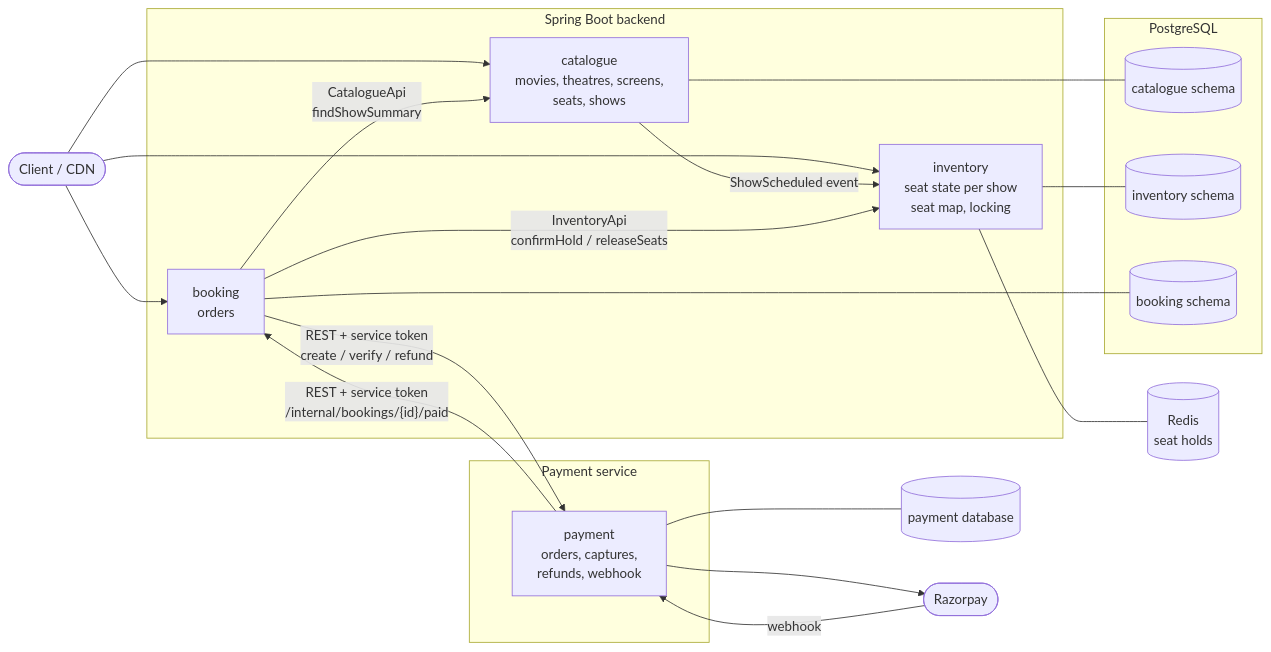
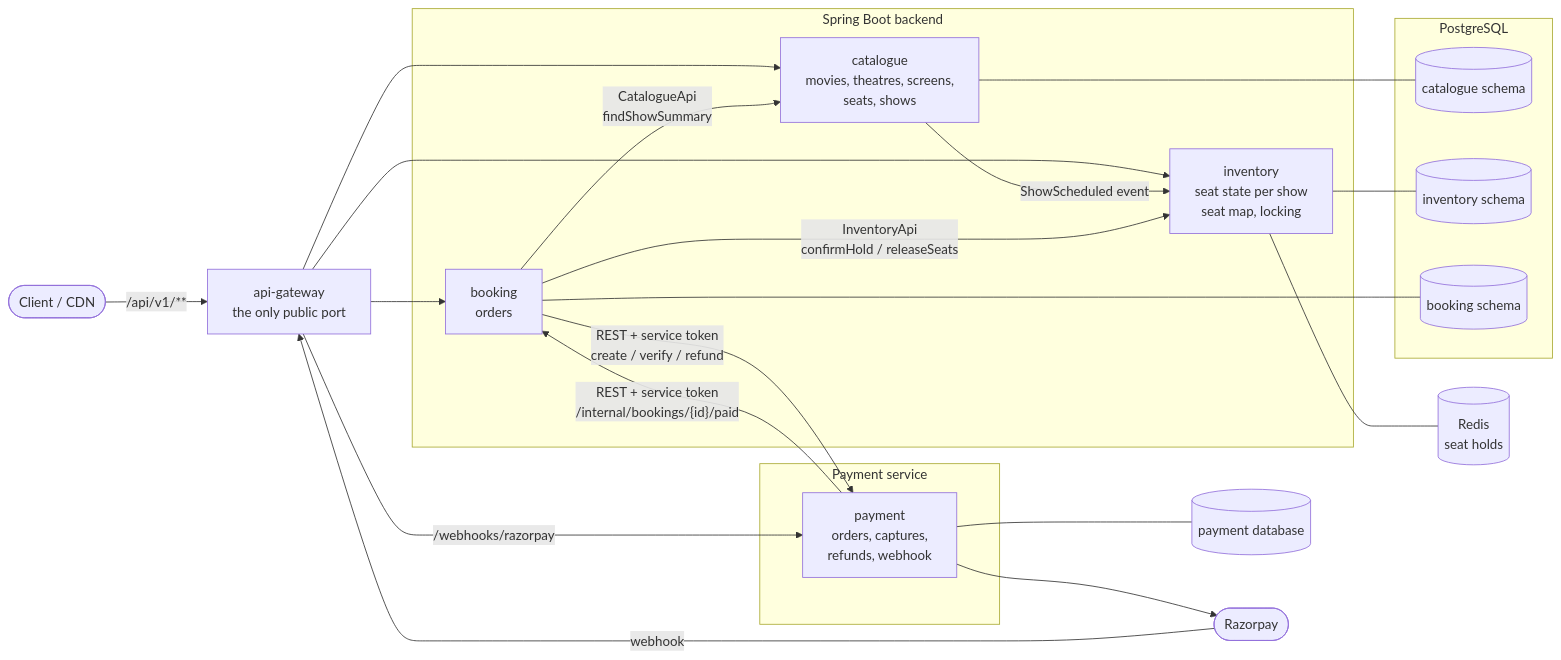
The first of 4 diagrams in README.md (GopiSVDev/seat-lock), drawn with Mermaid before and after one commit. The commit also changed other lines of this file and 22 other files, not shown here.

First line of the commit message:
feat(gateway): api gateway as the single entry point

````diff
--- a/README.md
+++ b/README.md
@@ -154,38 +155,41 @@
 ```mermaid
 flowchart LR
     client([Client / CDN])
+    gateway[api-gateway<br/>the only public port]
 
     subgraph app[Spring Boot backend]
         catalogue[catalogue<br/>movies, theatres, screens,<br/>seats, shows]
         inventory[inventory<br/>seat state per show<br/>seat map, locking]
         booking[booking<br/>orders]
     end
 
     subgraph db[PostgreSQL]
         s1[(catalogue schema)]
         s2[(inventory schema)]
         s3[(booking schema)]
     end
 
     redis[(Redis<br/>seat holds)]
 
     subgraph pay[Payment service]
         payment[payment<br/>orders, captures,<br/>refunds, webhook]
     end
     paydb[(payment database)]
     razorpay([Razorpay])
 
-    client --> catalogue & inventory & booking
+    client -- "/api/v1/**" --> gateway
+    gateway --> catalogue & inventory & booking
     booking -- "REST + service token<br/>create / verify / refund" --> payment
     payment -- "REST + service token<br/>/internal/bookings/{id}/paid" --> booking
     payment --> razorpay
-    razorpay -- "webhook" --> payment
+    razorpay -- "webhook" --> gateway
+    gateway -- "/webhooks/razorpay" --> payment
     payment --- paydb
     catalogue -- "ShowScheduled event" --> inventory
     booking -- "InventoryApi<br/>confirmHold / releaseSeats" --> inventory
     booking -- "CatalogueApi<br/>findShowSummary" --> catalogue
     catalogue --- s1
     inventory --- s2
     inventory --- redis
     booking --- s3
 ```
````
